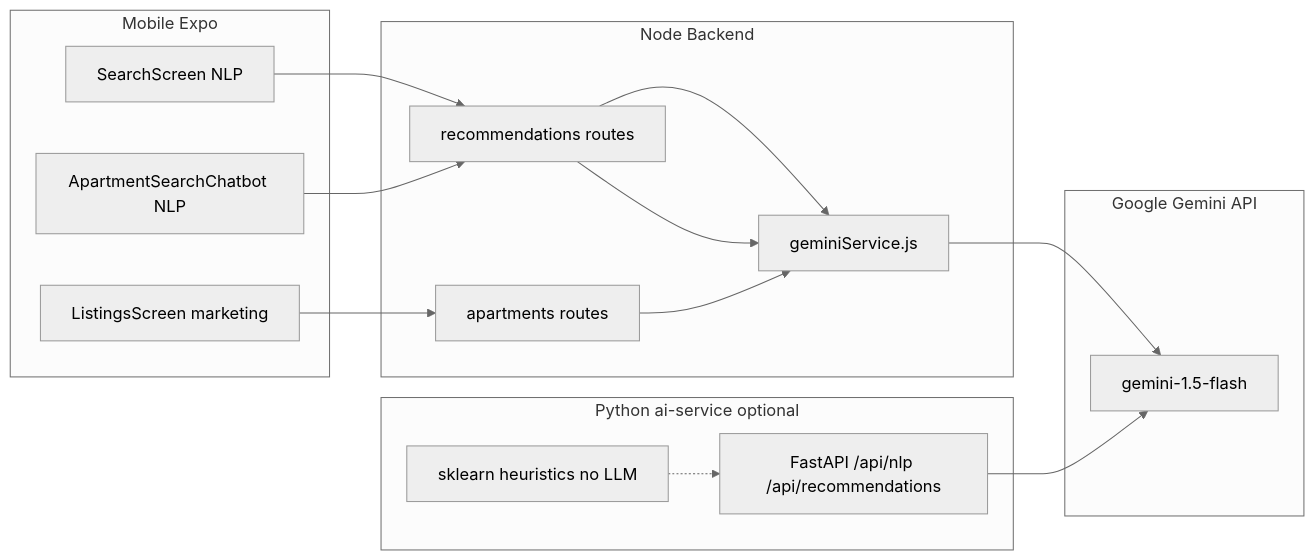
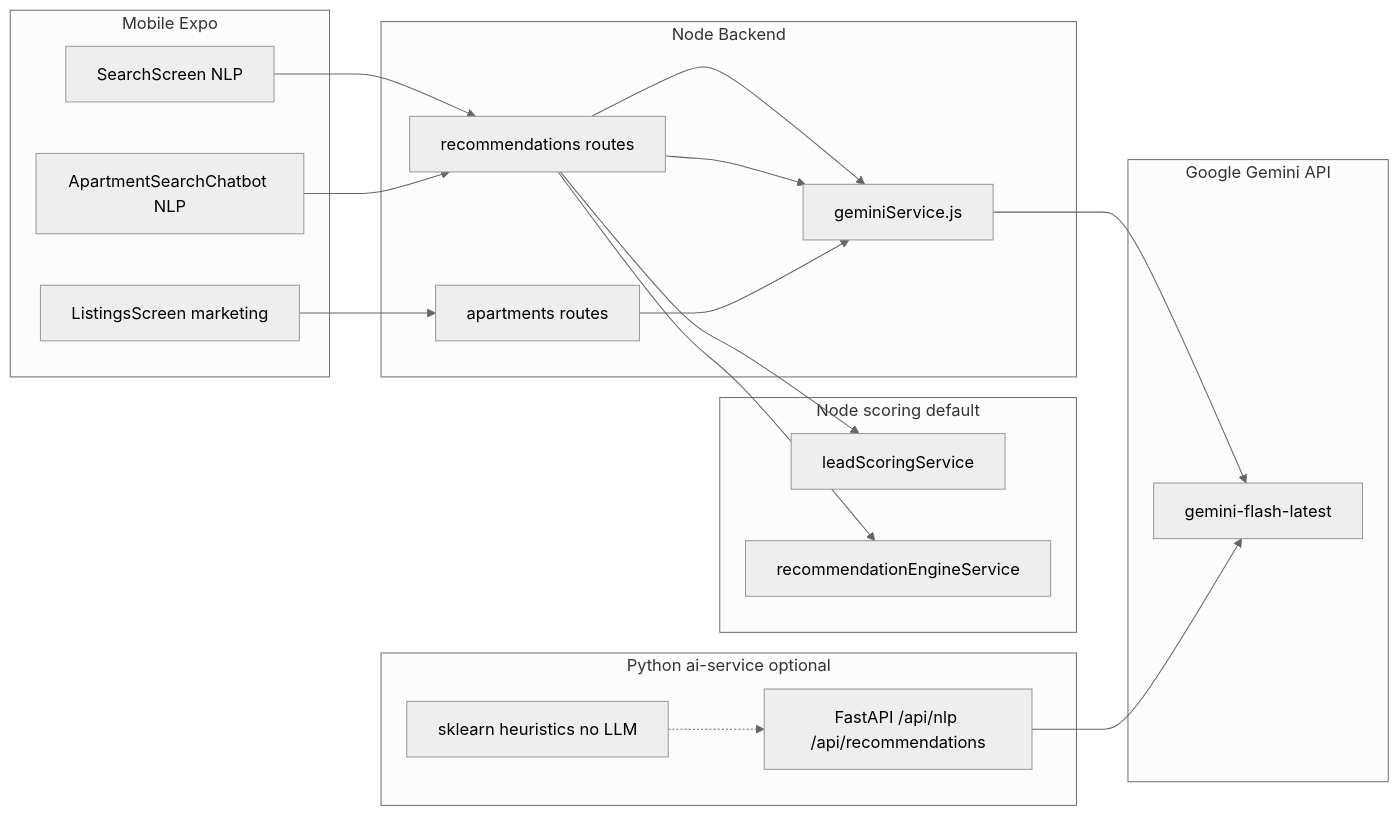
One commit to RanRam29/apartment changed the diagram in Info/AI_Capabilities_Current_State.md. Above: the diagram before and after it, drawn with Mermaid (neutral theme). The commit also changed other lines of this file and 17 other files, not shown here.

````diff
--- a/Info/AI_Capabilities_Current_State.md
+++ b/Info/AI_Capabilities_Current_State.md
@@ -8,25 +8,31 @@
 ```mermaid
 flowchart LR
   subgraph mobile [Mobile Expo]
     Search[SearchScreen NLP]
     Chatbot[ApartmentSearchChatbot NLP]
     Listings[ListingsScreen marketing]
   end
   subgraph backend [Node Backend]
     GeminiSvc[geminiService.js]
     Rec[recommendations routes]
     Apt[apartments routes]
   end
   subgraph llm [Google Gemini API]
-    Flash[gemini-1.5-flash]
+    Flash[gemini-flash-latest]
+  end
+  subgraph scoring [Node scoring default]
+    LeadScore[leadScoringService]
+    RecScore[recommendationEngineService]
   end
   subgraph optional [Python ai-service optional]
     FastAPI[FastAPI /api/nlp /api/recommendations]
     Heuristics[sklearn heuristics no LLM]
   end
-  Search --> Rec --> GeminiSvc --> Flash
+  Search -->   Rec --> GeminiSvc --> Flash
+  Rec --> LeadScore
+  Rec --> RecScore
   Chatbot --> Rec --> GeminiSvc
   Listings --> Apt --> GeminiSvc
   FastAPI --> Flash
   Heuristics -.-> FastAPI
 ```
````
